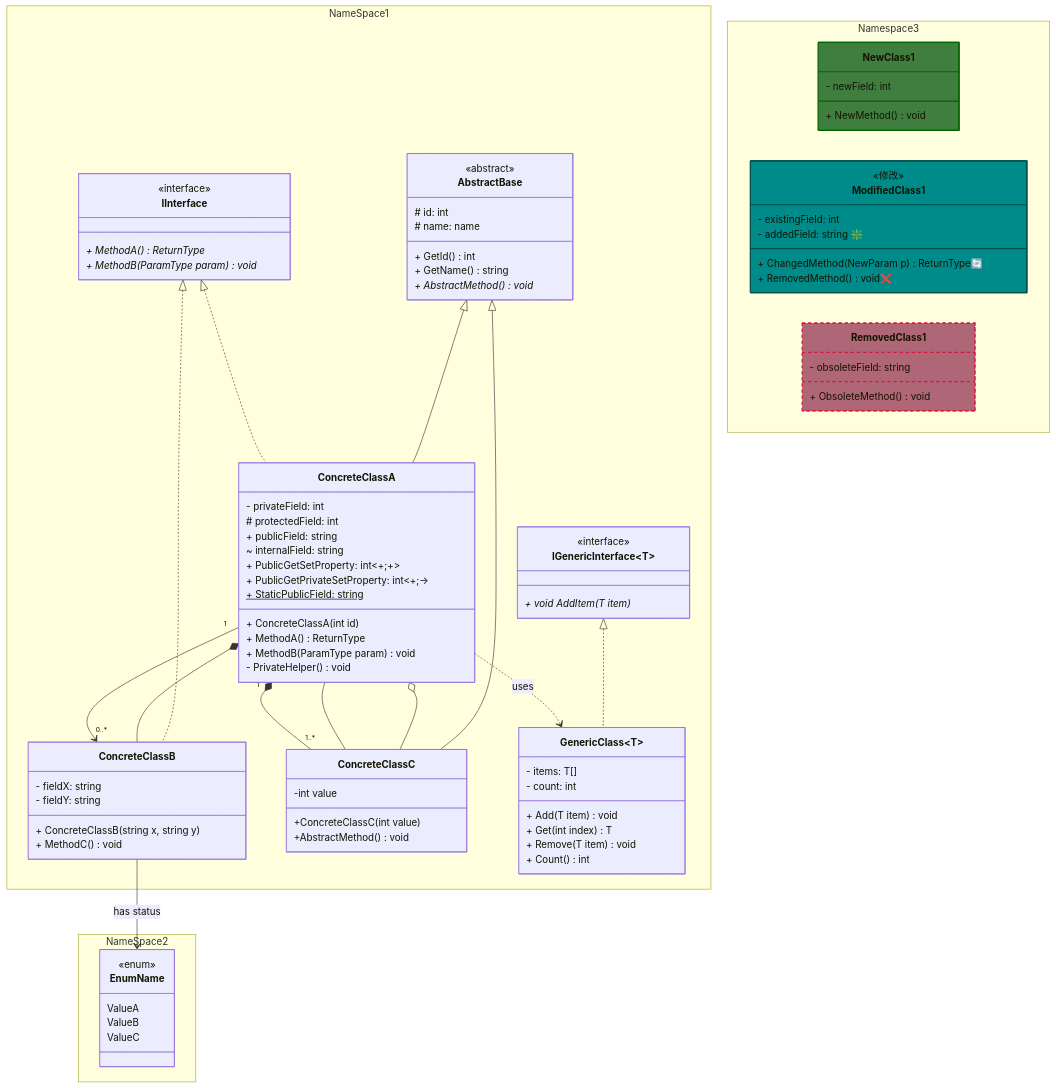
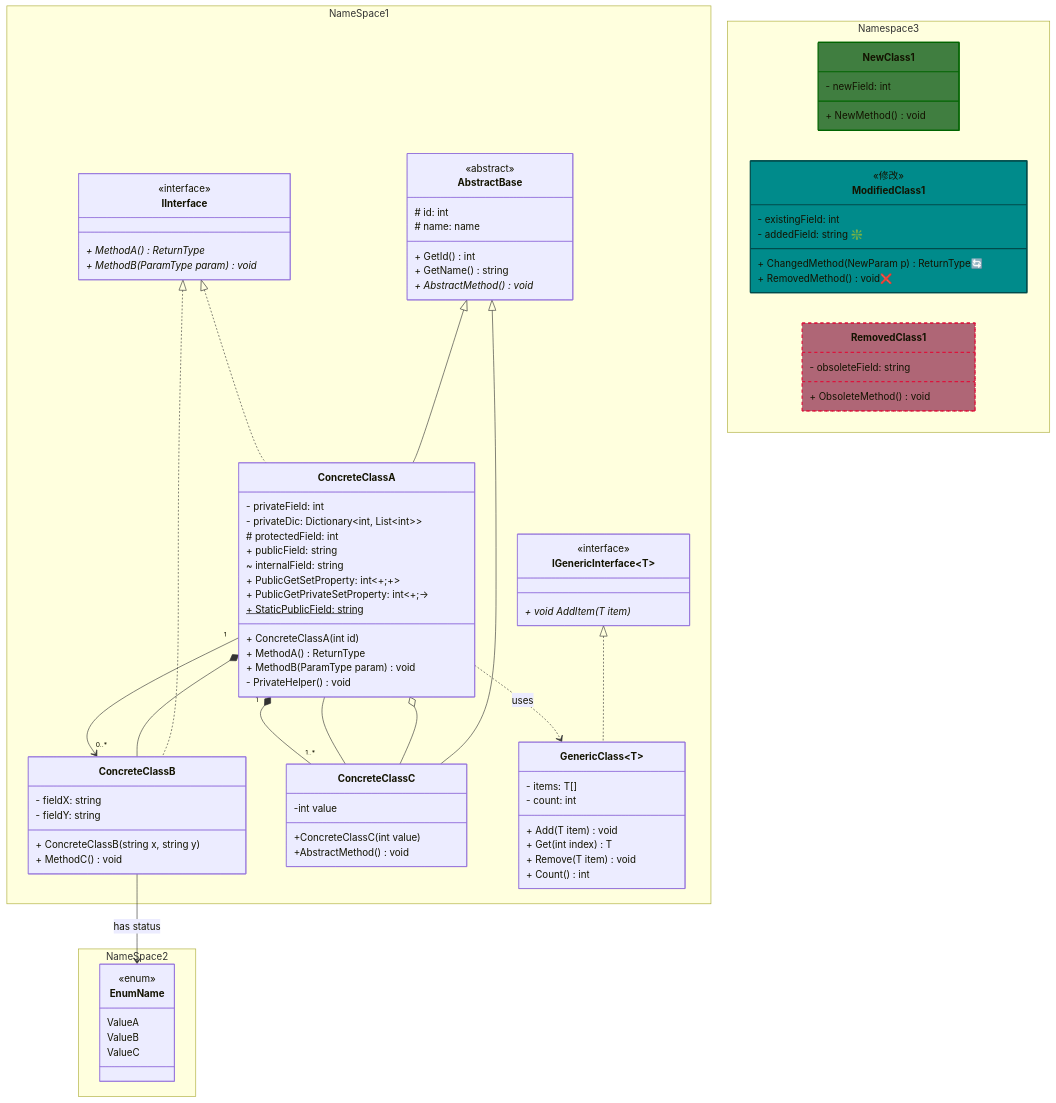
The diagram in DesignData/UmlExample.mmd (JoJorge/library), drawn with Mermaid before and after one commit. The commit also changed 1 other file, not shown here.

Commit message:
update design format and UML example

```diff
--- a/DesignData/UmlExample.mmd
+++ b/DesignData/UmlExample.mmd
@@ -1,151 +1,152 @@
 classDiagram
     %% =========================================================
     %% Namespace
     %% =========================================================
     namespace NameSpace1 {
         class ConcreteClassA
         class IInterface
         class IGenericInterface~T~
         class AbstractBase
         class ConcreteClassB
         class ConcreteClassC
         class GenericClass~T~
     }
     namespace NameSpace2 {
         class EnumName
     }
     namespace Namespace3 {
         class NewClass1
         class ModifiedClass1
         class RemovedClass1
     }
     
     %% =========================================================
     %% Enum 定義
     %% =========================================================
     class EnumName {
         <<enum>>
         ValueA
         ValueB
         ValueC
     }
 
     %% =========================================================
     %% Interface 定義
     %% =========================================================
     class IInterface {
         <<interface>>
         + MethodA() ReturnType*
         + MethodB(ParamType param) void*
     }
 
     class IGenericInterface~T~ {
         <<interface>>
         + void AddItem(T item)*
     }
 
     %% =========================================================
     %% Class 定義
     %% =========================================================
     class AbstractBase {
         <<abstract>>
         # id: int
         # name: name
  
         + GetId() int
         + GetName() string
         + AbstractMethod() void*
     }
 
     class ConcreteClassA {
         - privateField: int
+        - privateDic: Dictionary~int, List&lt;int&gt;~
         # protectedField: int
         + publicField: string
         ~ internalField: string
         + PublicGetSetProperty: int<+;+>
         + PublicGetPrivateSetProperty: int<+;->
         + StaticPublicField: string$
 
         + ConcreteClassA(int id)
         + MethodA() ReturnType
         + MethodB(ParamType param) void
         - PrivateHelper() void
     }
 
     class ConcreteClassB {
         - fieldX: string
         - fieldY: string
 
         + ConcreteClassB(string x, string y)
         + MethodC() void
     }
 
     class ConcreteClassC {
         -int value
 
         +ConcreteClassC(int value)
         +AbstractMethod() void
     }
 
     class GenericClass~T~ {
         - items: T[]
         - count: int
 
         + Add(T item) void
         + Get(int index) T
         + Remove(T item) void
         + Count() int
     }
 
     class NewClass1 {
         - newField: int
         + NewMethod() void
     }
     class ModifiedClass1 {
         <<修改>>
         - existingField: int
         - addedField: string ❇️
         + ChangedMethod(NewParam p) ReturnType🔄
         + RemovedMethod() void❌
     }
     class RemovedClass1 {
         - obsoleteField: string
         + ObsoleteMethod() void
     }
 
     %% =========================================================
     %% Relations
     %% =========================================================
     AbstractBase <|-- ConcreteClassA
     AbstractBase <|-- ConcreteClassC
 
     IInterface <|.. ConcreteClassA
     IInterface <|.. ConcreteClassB
     IGenericInterface~ConcreteClassA~ <|.. GenericClass~T~
 
     ConcreteClassA *-- ConcreteClassB
 
     ConcreteClassA o-- ConcreteClassC
 
     ConcreteClassB --> EnumName : has status
 
     ConcreteClassA -- ConcreteClassC
 
     ConcreteClassA ..> GenericClass~T~ : uses
 
     ConcreteClassA "1" --> "0..*" ConcreteClassB
     ConcreteClassA "1" *-- "1..*" ConcreteClassC
 
     %% =========================================================
     %% 修改標記風格
     %% =========================================================
     class NewClass1:::NewClass
     class ModifiedClass1:::ModifiedClass
     class RemovedClass1:::RemovedClass
 
     %% =========================================================
     %% 標記風格
     %% =========================================================   
     classDef NewClass fill:#407E40,stroke:#006400,stroke-width:2px
     classDef ModifiedClass fill:#008B8B,stroke:#004B4B,stroke-width:2px
     classDef RemovedClass fill:#AF6676,stroke:#DC143C,stroke-width:2px,stroke-dasharray: 5 5
```
